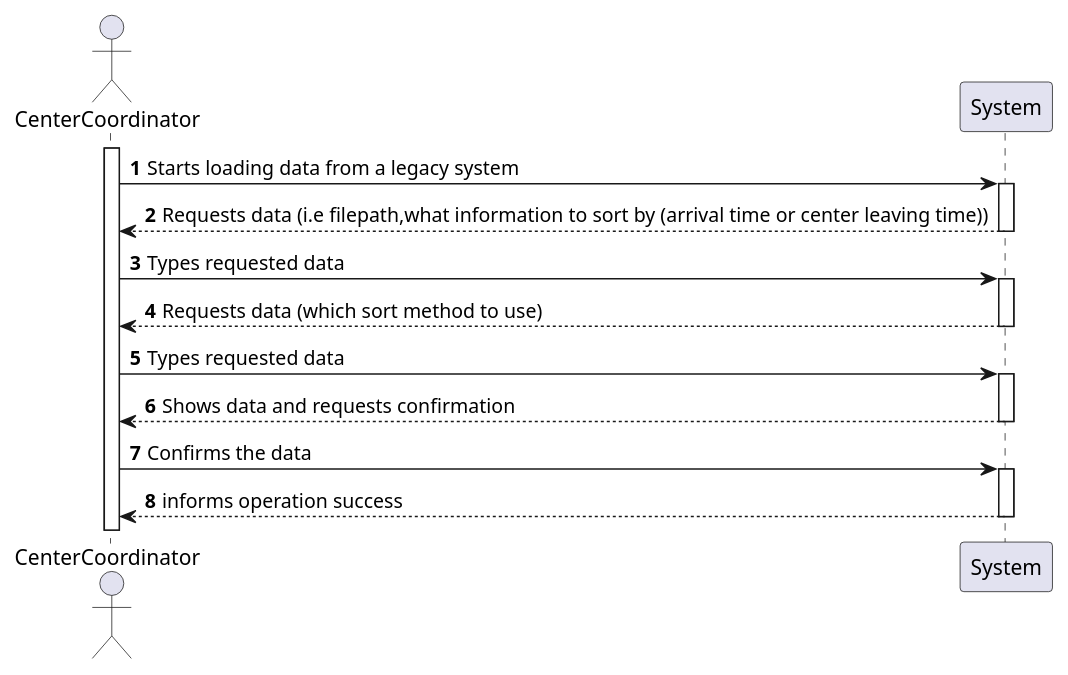
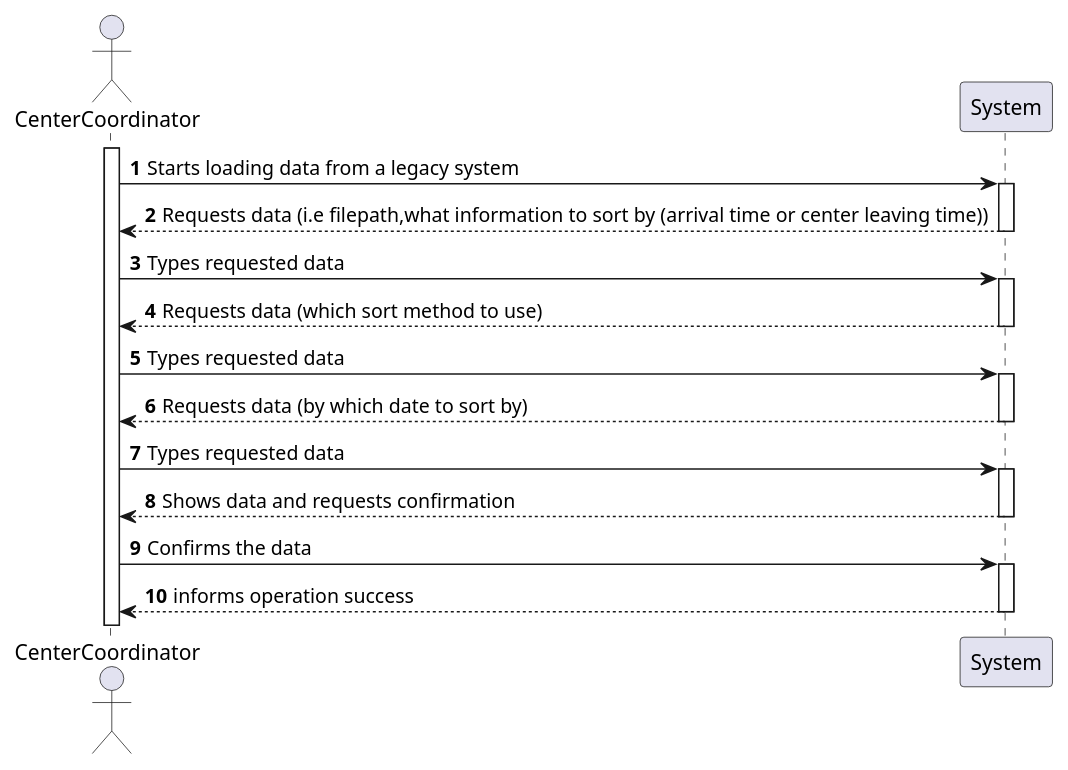
One commit to PedroMesquita1211171/VaccinationManager changed the diagram in docs/SprintD/US/US17/US017_SSD.puml. Above: the diagram before and after it, drawn with PlantUML. The commit also changed 8 other files, not shown here.

```diff
--- a/docs/SprintD/US/US17/US017_SSD.puml
+++ b/docs/SprintD/US/US17/US017_SSD.puml
@@ -1,25 +1,29 @@
 @startuml
 'https://plantuml.com/sequence-diagram
 
 autonumber
 actor CenterCoordinator as Coordinator
 activate Coordinator
 Coordinator -> System: Starts loading data from a legacy system
 activate System
 System --> Coordinator: Requests data (i.e filepath,what information to sort by (arrival time or center leaving time))
 deactivate System
 Coordinator -> System: Types requested data
 activate System
 System --> Coordinator: Requests data (which sort method to use)
 deactivate System
 Coordinator -> System: Types requested data
 activate System
+System --> Coordinator: Requests data (by which date to sort by)
+deactivate System
+Coordinator -> System: Types requested data
+activate System
 System --> Coordinator: Shows data and requests confirmation
 deactivate System
 Coordinator -> System: Confirms the data
 activate System
 System --> Coordinator: informs operation success
 deactivate System
 
 
 @enduml
```
